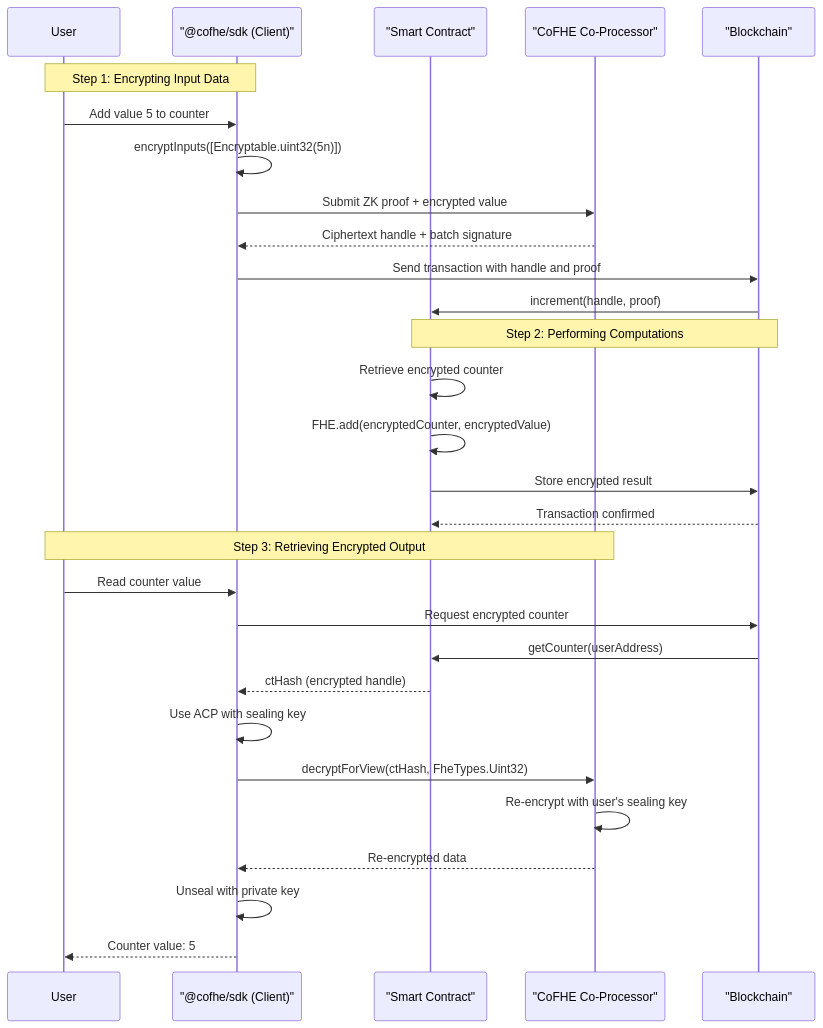
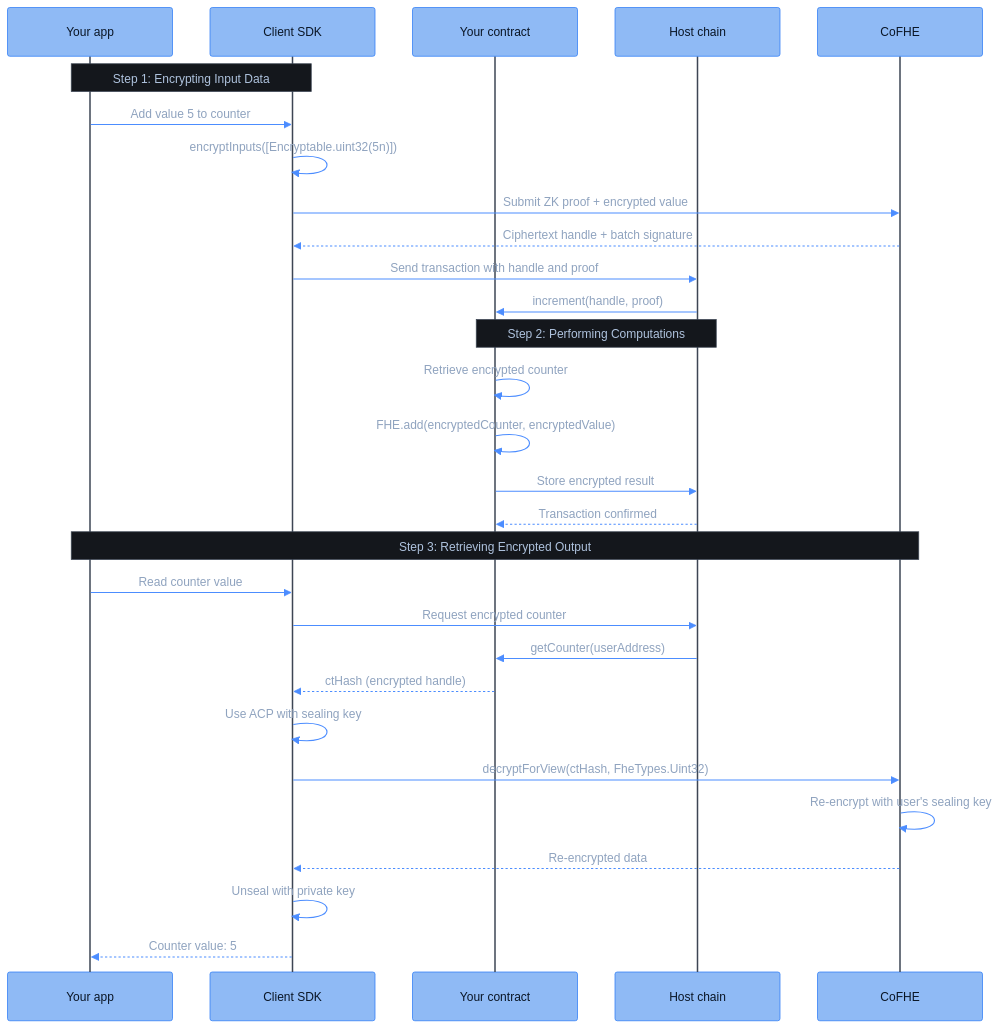
The diagram in client-sdk/introduction/mental-model.mdx (FhenixProtocol/fhenix-developer-docs), drawn with Mermaid before and after one commit. The commit also changed 1 other file, not shown here.

Commit message:
[DOCS] intro diagrams: canonical component names in what-is-cofhe and mental-model

````diff
--- a/client-sdk/introduction/mental-model.mdx
+++ b/client-sdk/introduction/mental-model.mdx
@@ -93,35 +93,36 @@
 ```mermaid
+%%{init: {"theme": "base", "themeVariables": {"fontFamily": "Menlo, Monaco, Consolas, monospace", "fontSize": "16px", "primaryColor": "#8FBAF5", "primaryBorderColor": "#2E7CF6", "primaryTextColor": "#0A1626", "lineColor": "#4C8DFF", "signalColor": "#4C8DFF", "signalTextColor": "#8FA3BF", "actorBkg": "#8FBAF5", "actorBorder": "#2E7CF6", "actorTextColor": "#0A1626", "actorLineColor": "#3D4654", "noteBkgColor": "#14171C", "noteBorderColor": "#3D4654", "noteTextColor": "#AFC3DE", "activationBkgColor": "#1E3A5F", "activationBorderColor": "#4C8DFF", "clusterBkg": "#14171C", "clusterBorder": "#3D4654", "titleColor": "#E7EAEE", "edgeLabelBackground": "#8FBAF5", "textColor": "#AFC3DE", "labelTextColor": "#E7EAEE", "tertiaryColor": "#14171C", "loopTextColor": "#AFC3DE", "labelBoxBkgColor": "#1E3A5F", "labelBoxBorderColor": "#4C8DFF"}, "sequence": {"actorFontFamily": "Menlo, Monaco, Consolas, monospace", "messageFontFamily": "Menlo, Monaco, Consolas, monospace", "noteFontFamily": "Menlo, Monaco, Consolas, monospace", "width": 220, "actorFontSize": 16, "messageFontSize": 16, "noteFontSize": 15}}}%%
 sequenceDiagram
-    participant User
-    participant SDK as "@cofhe/sdk (Client)"
-    participant Contract as "Smart Contract"
-    participant CoFHE as "CoFHE Co-Processor"
-    participant Blockchain as "Blockchain"
+    participant App as Your app
+    participant SDK as Client SDK
+    participant C as Your contract
+    participant Chain as Host chain
+    participant CoFHE as CoFHE
 
-    Note over User,SDK: Step 1: Encrypting Input Data
-    User->>SDK: Add value 5 to counter
+    Note over App,SDK: Step 1: Encrypting Input Data
+    App->>SDK: Add value 5 to counter
     SDK->>SDK: encryptInputs([Encryptable.uint32(5n)])
     SDK->>CoFHE: Submit ZK proof + encrypted value
     CoFHE-->>SDK: Ciphertext handle + batch signature
-    SDK->>Blockchain: Send transaction with handle and proof
-    Blockchain->>Contract: increment(handle, proof)
+    SDK->>Chain: Send transaction with handle and proof
+    Chain->>C: increment(handle, proof)
 
-    Note over Contract,Blockchain: Step 2: Performing Computations
-    Contract->>Contract: Retrieve encrypted counter
-    Contract->>Contract: FHE.add(encryptedCounter, encryptedValue)
-    Contract->>Blockchain: Store encrypted result
-    Blockchain-->>Contract: Transaction confirmed
+    Note over C,Chain: Step 2: Performing Computations
+    C->>C: Retrieve encrypted counter
+    C->>C: FHE.add(encryptedCounter, encryptedValue)
+    C->>Chain: Store encrypted result
+    Chain-->>C: Transaction confirmed
 
-    Note over User,CoFHE: Step 3: Retrieving Encrypted Output
-    User->>SDK: Read counter value
-    SDK->>Blockchain: Request encrypted counter
-    Blockchain->>Contract: getCounter(userAddress)
-    Contract-->>SDK: ctHash (encrypted handle)
+    Note over App,CoFHE: Step 3: Retrieving Encrypted Output
+    App->>SDK: Read counter value
+    SDK->>Chain: Request encrypted counter
+    Chain->>C: getCounter(userAddress)
+    C-->>SDK: ctHash (encrypted handle)
 
     SDK->>SDK: Use ACP with sealing key
     SDK->>CoFHE: decryptForView(ctHash, FheTypes.Uint32)
     CoFHE->>CoFHE: Re-encrypt with user's sealing key
     CoFHE-->>SDK: Re-encrypted data
     SDK->>SDK: Unseal with private key
-    SDK-->>User: Counter value: 5
+    SDK-->>App: Counter value: 5
 ```
````
